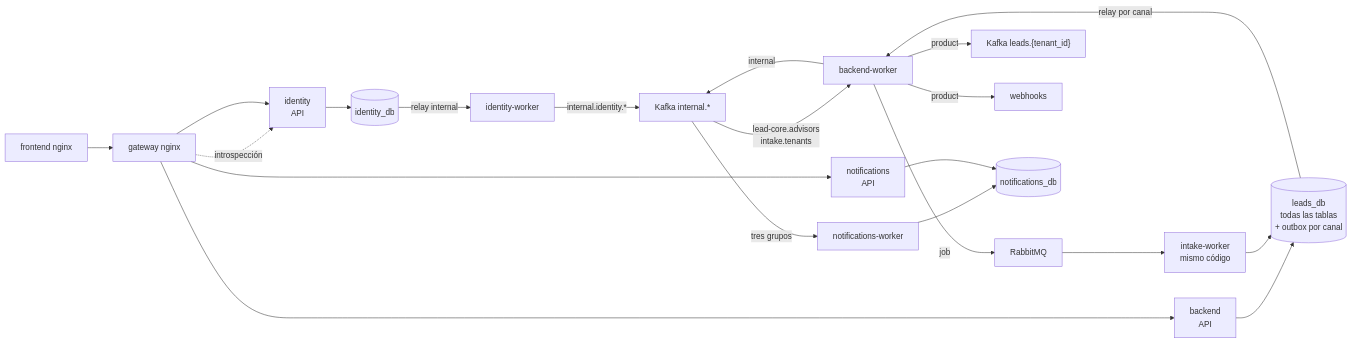
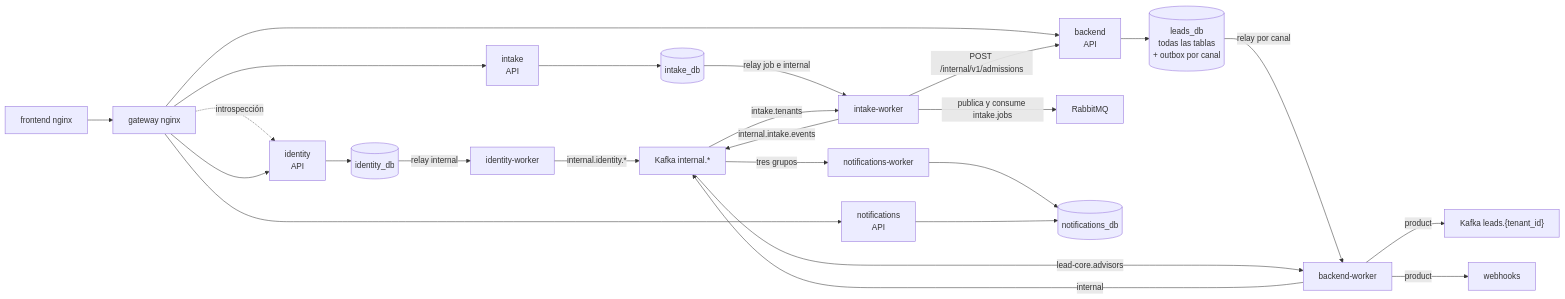
The diagram in docs/content/microservices/01-punto-de-partida.md (MDCIrony/leads-hexa), drawn with Mermaid before and after one commit. The commit also changed other lines of this file and 33 other files, not shown here.

````diff
--- a/docs/content/microservices/01-punto-de-partida.md
+++ b/docs/content/microservices/01-punto-de-partida.md
@@ -27,23 +28,27 @@
 ```mermaid
 flowchart LR
     FE["frontend nginx"] --> GW["gateway nginx"]
     GW -.->|"introspección"| IDS["identity<br/>API"]
     GW --> IDS
     IDS --> IDB[("identity_db")]
     IDB -->|"relay internal"| IDW["identity-worker"]
     IDW -->|"internal.identity.*"| KI
     GW --> API["backend<br/>API"]
     API --> DB[("leads_db<br/>todas las tablas<br/>+ outbox por canal")]
     DB -->|"relay por canal"| BW["backend-worker"]
-    BW -->|"job"| R["RabbitMQ"]
-    R --> W["intake-worker<br/>mismo código"]
-    W --> DB
+    GW --> INS["intake<br/>API"]
+    INS --> INDB[("intake_db")]
+    INDB -->|"relay job e internal"| W["intake-worker"]
+    W -->|"publica y consume intake.jobs"| R["RabbitMQ"]
+    W -->|"POST /internal/v1/admissions"| API
+    W -->|"internal.intake.events"| KI
     BW -->|"product"| K["Kafka leads.{tenant_id}"]
     BW -->|"product"| WH["webhooks"]
     BW -->|"internal"| KI["Kafka internal.*"]
     KI -->|"tres grupos"| NW["notifications-worker"]
-    KI -->|"lead-core.advisors<br/>intake.tenants"| BW
+    KI -->|"lead-core.advisors"| BW
+    KI -->|"intake.tenants"| W
     NW --> NDB[("notifications_db")]
     GW --> NS["notifications<br/>API"]
     NS --> NDB
 ```
````
